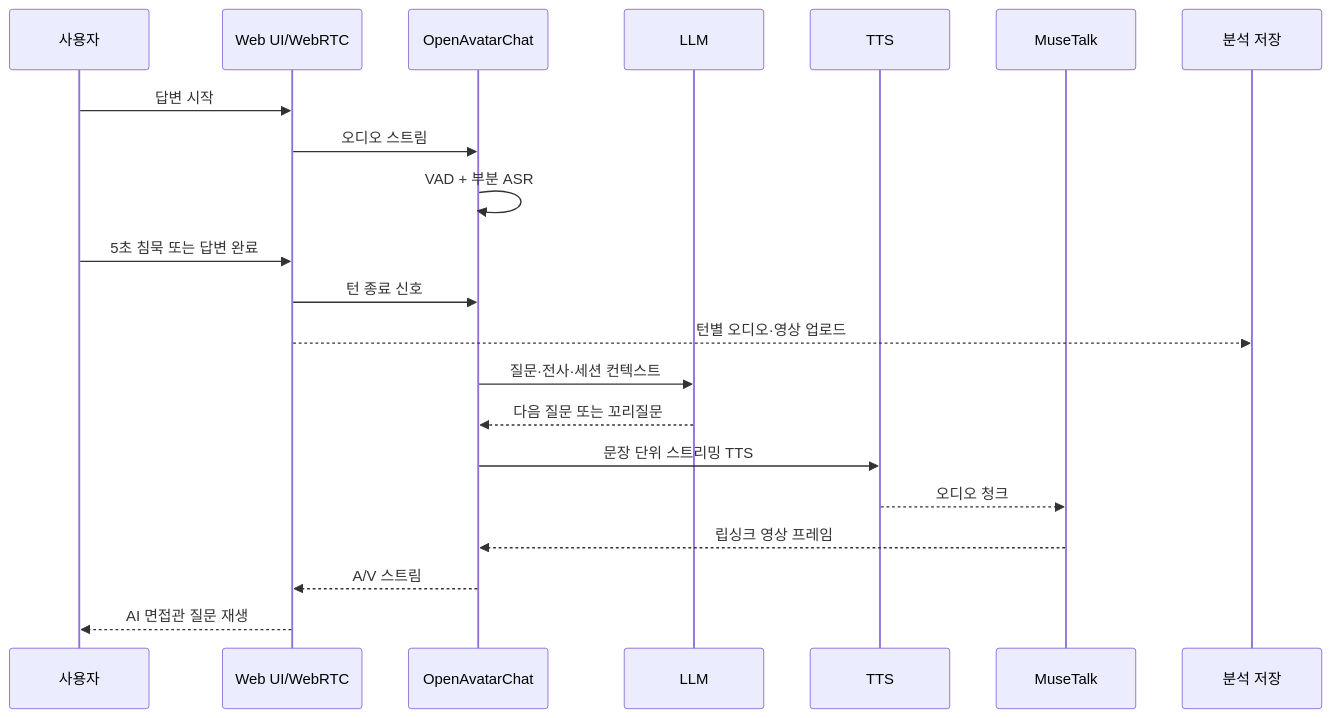
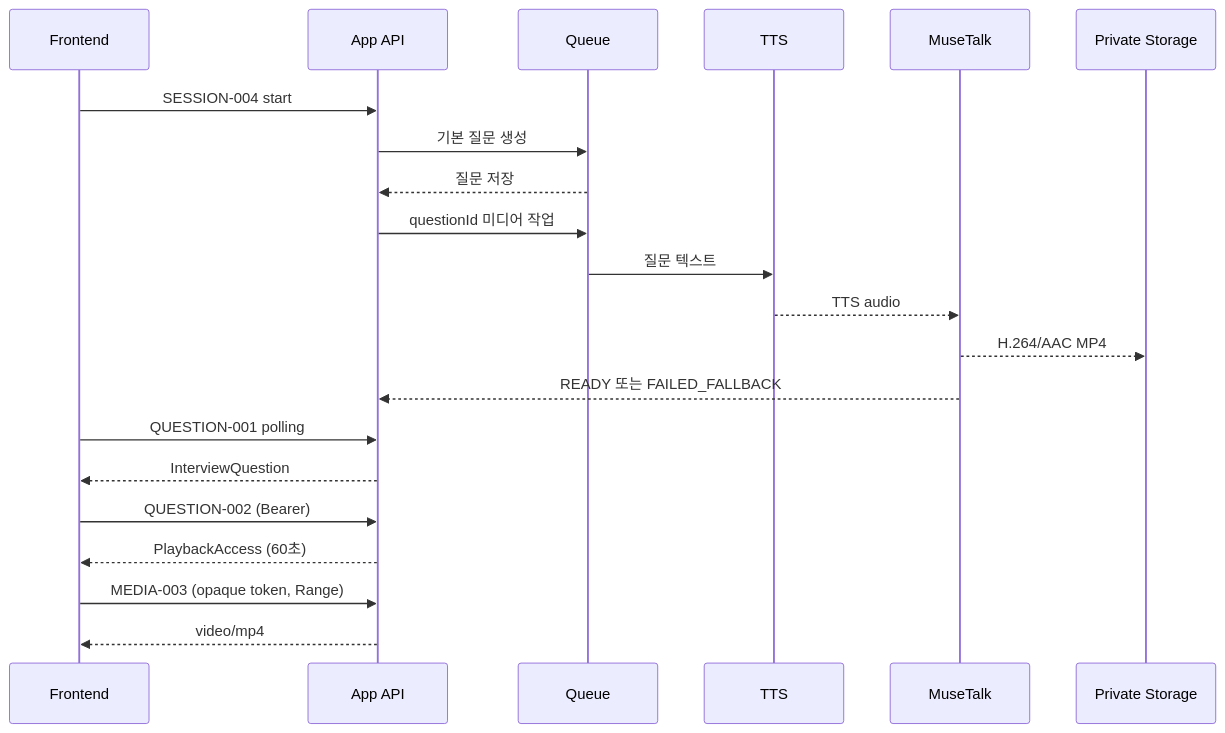
Before and after one commit to kasic2014/FaceFit: the second of 2 diagrams in docs/product/REALTIME_AVATAR_ARCHITECTURE.md, drawn with Mermaid. The commit also changed other lines of this file and 120 other files, not shown here.

First line of the commit message:
feat(frontend): replace app with integrated implementation

````diff
--- a/docs/product/REALTIME_AVATAR_ARCHITECTURE.md
+++ b/docs/product/REALTIME_AVATAR_ARCHITECTURE.md
@@ -65,24 +43,24 @@
 ```mermaid
 sequenceDiagram
-    participant U as 사용자
-    participant W as Web UI/WebRTC
-    participant O as OpenAvatarChat
-    participant L as LLM
-    participant T as TTS
-    participant M as MuseTalk
-    participant A as 분석 저장
+  participant F as Frontend
+  participant A as App API
+  participant Q as Queue
+  participant T as TTS
+  participant M as MuseTalk
+  participant S as Private Storage
 
-    U->>W: 답변 시작
-    W->>O: 오디오 스트림
-    O->>O: VAD + 부분 ASR
-    U->>W: 5초 침묵 또는 답변 완료
-    W->>O: 턴 종료 신호
-    W-->>A: 턴별 오디오·영상 업로드
-    O->>L: 질문·전사·세션 컨텍스트
-    L-->>O: 다음 질문 또는 꼬리질문
-    O->>T: 문장 단위 스트리밍 TTS
-    T-->>M: 오디오 청크
-    M-->>O: 립싱크 영상 프레임
-    O-->>W: A/V 스트림
-    W-->>U: AI 면접관 질문 재생
+  F->>A: SESSION-004 start
+  A->>Q: 기본 질문 생성
+  Q-->>A: 질문 저장
+  A->>Q: questionId 미디어 작업
+  Q->>T: 질문 텍스트
+  T-->>M: TTS audio
+  M-->>S: H.264/AAC MP4
+  M-->>A: READY 또는 FAILED_FALLBACK
+  F->>A: QUESTION-001 polling
+  A-->>F: InterviewQuestion
+  F->>A: QUESTION-002 (Bearer)
+  A-->>F: PlaybackAccess (60초)
+  F->>A: MEDIA-003 (opaque token, Range)
+  A-->>F: video/mp4
 ```
````
